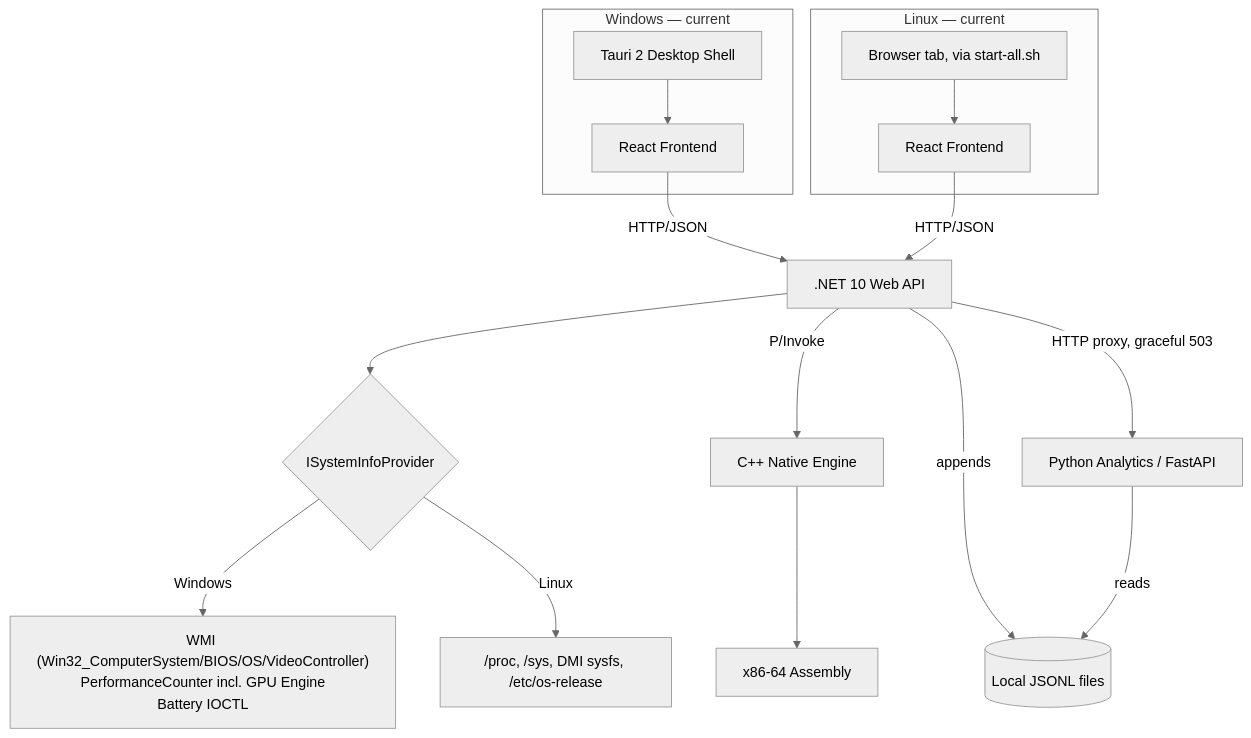
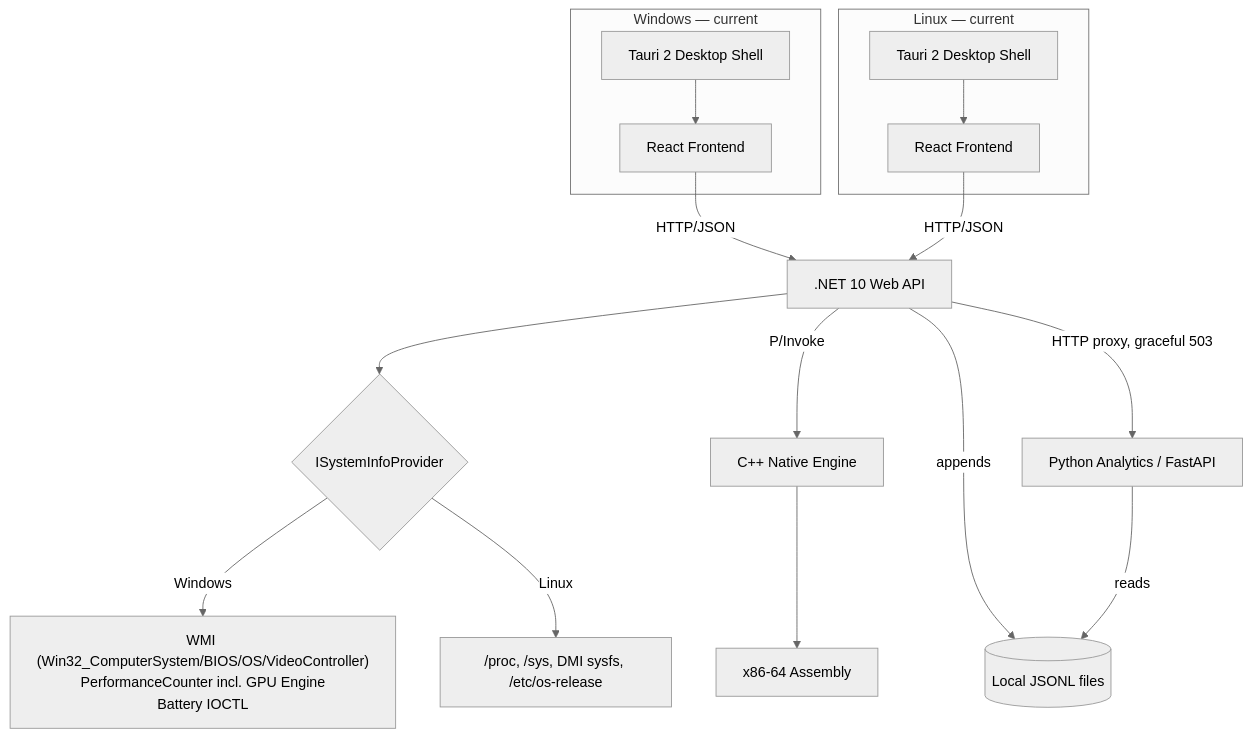
Before and after one commit to VipulSharma143/System-Info: the diagram in PROJECT_STATUS.md, drawn with Mermaid (neutral theme). The commit also changed other lines of this file and 18 other files, not shown here.

First line of the commit message:
Fix Linux packaging: ship the Tauri desktop shell, not start-all.sh (v2.1.4)

````diff
--- a/PROJECT_STATUS.md
+++ b/PROJECT_STATUS.md
@@ -38,18 +38,18 @@
 ```mermaid
 flowchart TB
     subgraph Windows["Windows — current"]
         TW[Tauri 2 Desktop Shell] --> FEW[React Frontend]
     end
     subgraph Linux["Linux — current"]
-        BR[Browser tab, via start-all.sh] --> FEL[React Frontend]
+        TL[Tauri 2 Desktop Shell] --> FEL[React Frontend]
     end
     FEW -- HTTP/JSON --> API[.NET 10 Web API]
     FEL -- HTTP/JSON --> API
     API --> PROV{ISystemInfoProvider}
     PROV -->|Windows| WINP["WMI (Win32_ComputerSystem/BIOS/OS/VideoController)\nPerformanceCounter incl. GPU Engine\nBattery IOCTL"]
     PROV -->|Linux| LINP["/proc, /sys, DMI sysfs, /etc/os-release"]
     API -- P/Invoke --> CPP[C++ Native Engine] --> ASM[x86-64 Assembly]
     API -- HTTP proxy, graceful 503 --> PY[Python Analytics / FastAPI]
     API -- appends --> STORE[(Local JSONL files)]
     PY -- reads --> STORE
 ```
````
